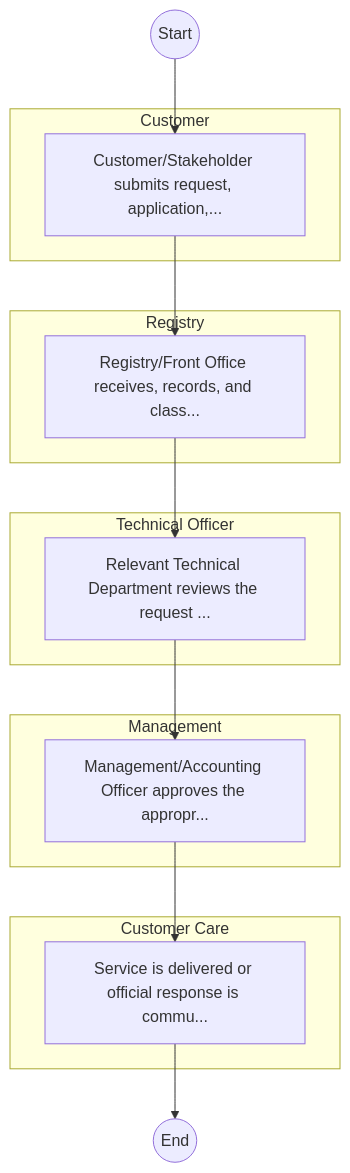
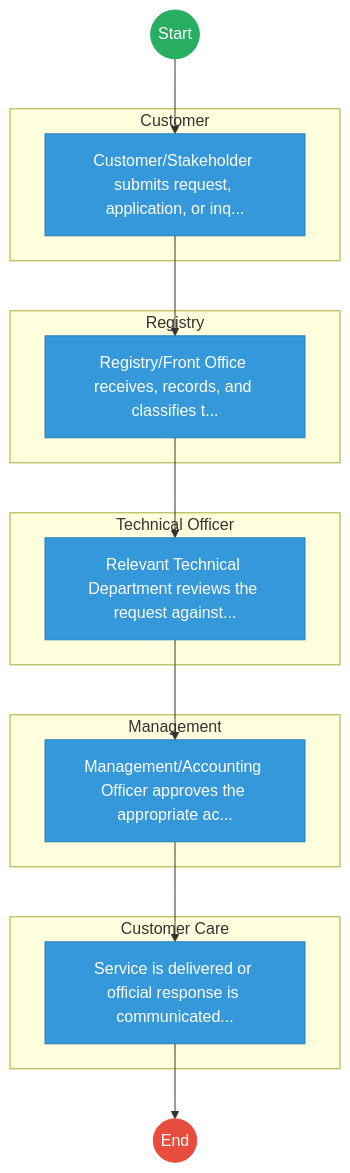
The first of 2 diagrams in mdas/docs_final/Basic_Education___Service_Delivery.md (BITZ-IT-Consulting-LTD/ictapoc), drawn with Mermaid before and after one commit. The commit also changed other lines of this file and 461 other files, not shown here.

````diff
--- a/mdas/docs_final/Basic_Education___Service_Delivery.md
+++ b/mdas/docs_final/Basic_Education___Service_Delivery.md
@@ -20,24 +20,38 @@
 ```mermaid
 graph TD
     Start((Start)) --> S1
+
     subgraph Customer [Customer]
-        S1["Customer/Stakeholder submits request, application,..."]
+        S1["Customer/Stakeholder submits request, application, or inq..."]
     end
+
     subgraph Registry [Registry]
-        S2["Registry/Front Office receives, records, and class..."]
+        S2["Registry/Front Office receives, records, and classifies t..."]
     end
-    subgraph TechnicalOfficer [Technical Officer]
-        S3["Relevant Technical Department reviews the request ..."]
+
+    subgraph Technical_Officer [Technical Officer]
+        S3["Relevant Technical Department reviews the request against..."]
     end
+
     subgraph Management [Management]
-        S4["Management/Accounting Officer approves the appropr..."]
+        S4["Management/Accounting Officer approves the appropriate ac..."]
     end
-    subgraph CustomerCare [Customer Care]
-        S5["Service is delivered or official response is commu..."]
+
+    subgraph Customer_Care [Customer Care]
+        S5["Service is delivered or official response is communicated..."]
     end
     S1 --> S2
     S2 --> S3
     S3 --> S4
     S4 --> S5
     S5 --> End((End))
+
+    classDef start fill:#27ae60,stroke:#27ae60,color:#fff;
+    classDef endNode fill:#e74c3c,stroke:#e74c3c,color:#fff;
+    classDef userTask fill:#3498db,stroke:#2980b9,color:#fff;
+    classDef serviceTask fill:#9b59b6,stroke:#8e44ad,color:#fff;
+
+    class Start start;
+    class End endNode;
+    class S1,S2,S3,S4,S5 userTask;
 ```
````
